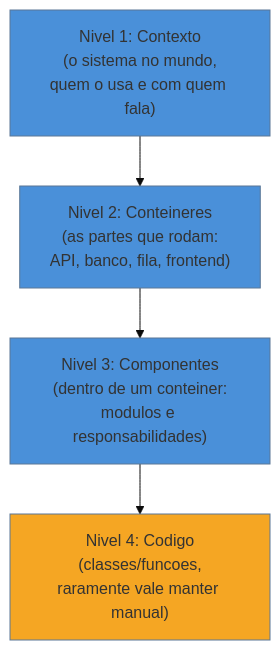
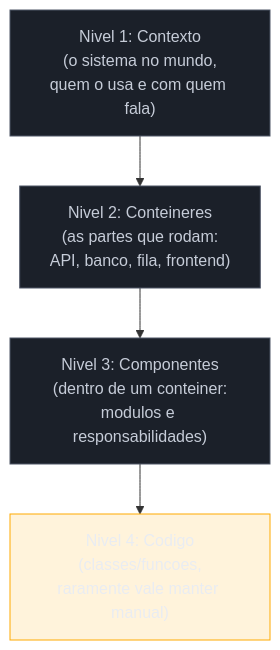
One commit to josenaldo/codex-technomanticus changed the third of 3 diagrams in 03-Dominios/Engenharia/Arqueologia e Restauração de Software/24 - Conhecimento e documentação.md. Above: the diagram before and after it, drawn with Mermaid. The commit also changed other lines of this file and 1181 other files, not shown here.

First line of the commit message:
fix(diagramas): paleta do sistema no lugar de cor cravada no markdown

````diff
--- a/03-Dominios/Engenharia/Arqueologia e Restauração de Software/24 - Conhecimento e documentação.md
+++ b/03-Dominios/Engenharia/Arqueologia e Restauração de Software/24 - Conhecimento e documentação.md
@@ -84,11 +86,12 @@
 ```mermaid
-%%{init: {"theme": "base", "themeVariables": {"primaryColor": "#4A90D9"}}}%%
 graph TD
+    classDef neutro fill:#1B2029,stroke:#4E5666,color:#C6CCD8
+    classDef destaque fill:#FFAA0024,stroke:#FFAA00,color:#E9ECF2
     A["Nivel 1: Contexto<br/>(o sistema no mundo,<br/>quem o usa e com quem fala)"] --> B["Nivel 2: Conteineres<br/>(as partes que rodam:<br/>API, banco, fila, frontend)"]
     B --> C["Nivel 3: Componentes<br/>(dentro de um conteiner:<br/>modulos e responsabilidades)"]
     C --> D["Nivel 4: Codigo<br/>(classes/funcoes,<br/>raramente vale manter manual)"]
-    style A fill:#4A90D9
-    style B fill:#4A90D9
-    style C fill:#4A90D9
-    style D fill:#F5A623
+    class A neutro
+    class B neutro
+    class C neutro
+    class D destaque
 ```
````
